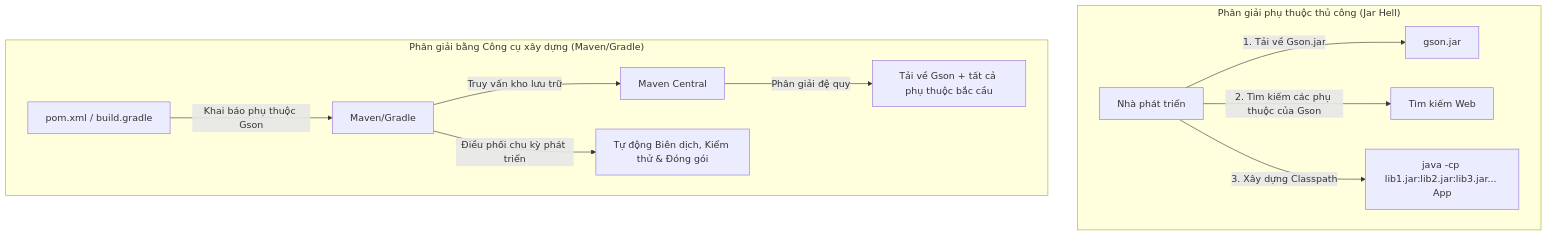
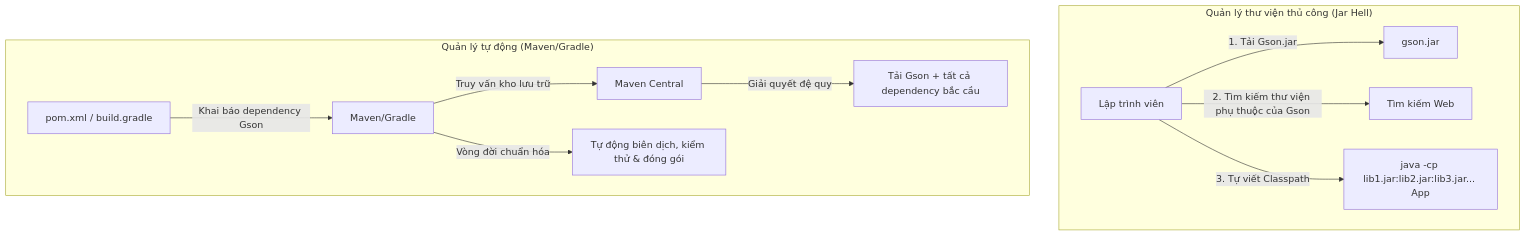
The third of 3 diagrams in vi/38-build-compile-run/theory/01-javac-concepts.md (PhuThien2005/theoretical-of-java-core), drawn with Mermaid before and after one commit. The commit also changed other lines of this file and 229 other files, not shown here.

````diff
--- a/vi/38-build-compile-run/theory/01-javac-concepts.md
+++ b/vi/38-build-compile-run/theory/01-javac-concepts.md
@@ -364,14 +348,14 @@
 ```mermaid
 graph TD
-    subgraph Manual ["Phân giải phụ thuộc thủ công (Jar Hell)"]
-        User["Nhà phát triển"] -->|1. Tải về Gson.jar| Gson["gson.jar"]
-        User -->|2. Tìm kiếm các phụ thuộc của Gson| WebSearch["Tìm kiếm Web"]
-        User -->|3. Xây dựng Classpath| CPString["java -cp lib1.jar:lib2.jar:lib3.jar... App"]
+    subgraph ThuCong ["Quản lý thư viện thủ công (Jar Hell)"]
+        User["Lập trình viên"] -->|1. Tải Gson.jar| Gson["gson.jar"]
+        User -->|2. Tìm kiếm thư viện phụ thuộc của Gson| WebSearch["Tìm kiếm Web"]
+        User -->|3. Tự viết Classpath| CPString["java -cp lib1.jar:lib2.jar:lib3.jar... App"]
     end
-    subgraph Automated ["Phân giải bằng Công cụ xây dựng (Maven/Gradle)"]
-        POM["pom.xml / build.gradle"] -->|Khai báo phụ thuộc Gson| BuildTool["Maven/Gradle"]
+    subgraph TuDong ["Quản lý tự động (Maven/Gradle)"]
+        POM["pom.xml / build.gradle"] -->|Khai báo dependency Gson| BuildTool["Maven/Gradle"]
         BuildTool -->|Truy vấn kho lưu trữ| CentralRepo["Maven Central"]
-        CentralRepo -->|Phân giải đệ quy| Transitive["Tải về Gson + tất cả phụ thuộc bắc cầu"]
-        BuildTool -->|Điều phối chu kỳ phát triển| Package["Tự động Biên dịch, Kiểm thử & Đóng gói"]
+        CentralRepo -->|Giải quyết đệ quy| Transitive["Tải Gson + tất cả dependency bắc cầu"]
+        BuildTool -->|Vòng đời chuẩn hóa| Package["Tự động biên dịch, kiểm thử & đóng gói"]
     end
 ```
````
